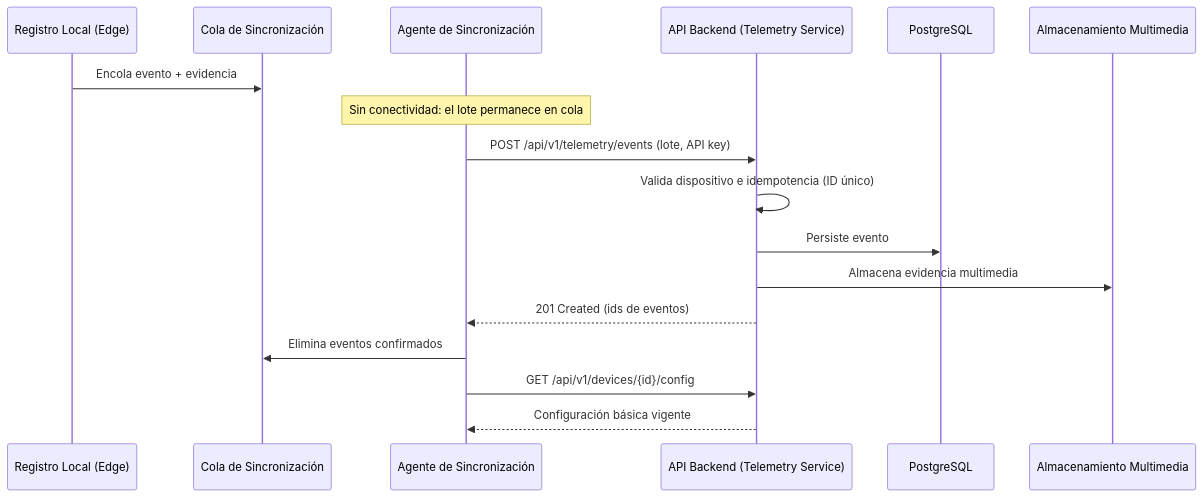
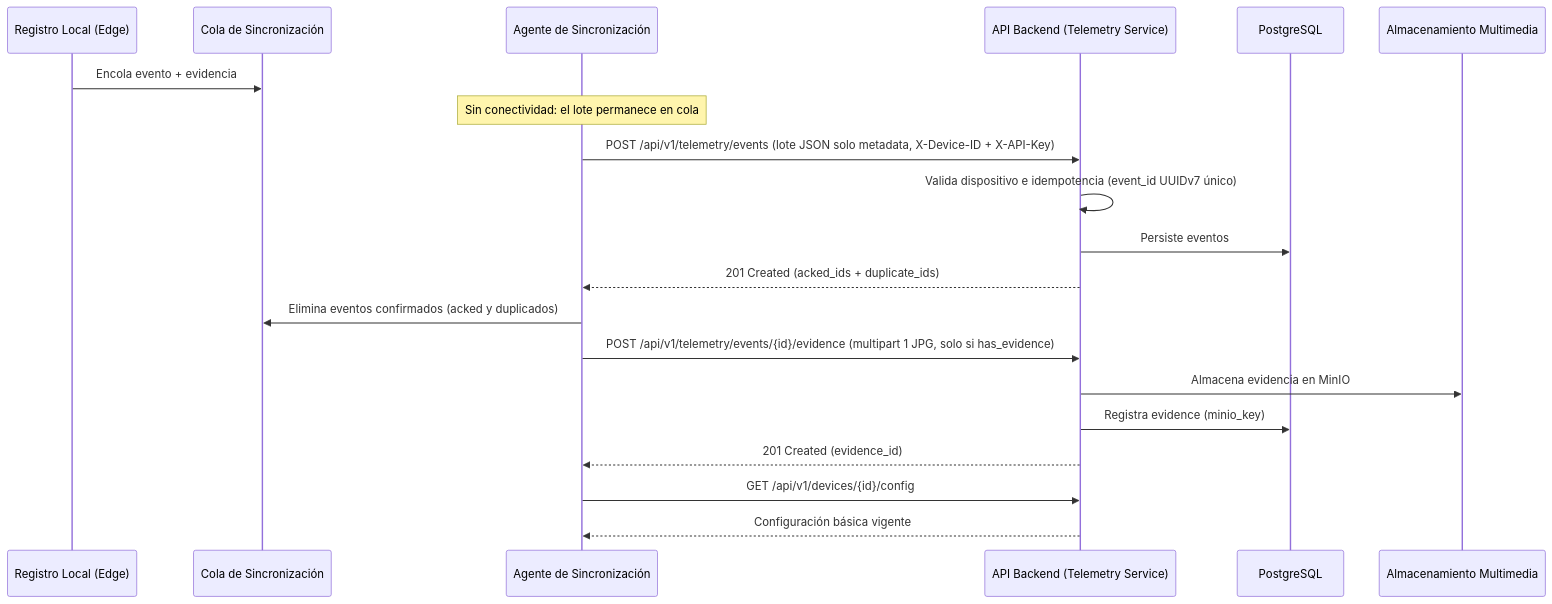
The diagram in docs/08-uml/diagrams/source/sd-offline-sync.mmd (SomnGuard/somnguard-docs), drawn with Mermaid before and after one commit. The commit also changed 45 other files, not shown here.

```diff
--- a/docs/08-uml/diagrams/source/sd-offline-sync.mmd
+++ b/docs/08-uml/diagrams/source/sd-offline-sync.mmd
@@ -1,18 +1,21 @@
 sequenceDiagram
     participant REG as Registro Local (Edge)
     participant COL as Cola de Sincronización
     participant AGT as Agente de Sincronización
     participant API as API Backend (Telemetry Service)
     participant DB as PostgreSQL
     participant STO as Almacenamiento Multimedia
 
     REG->>COL: Encola evento + evidencia
     Note over AGT: Sin conectividad: el lote permanece en cola
-    AGT->>API: POST /api/v1/telemetry/events (lote, API key)
-    API->>API: Valida dispositivo e idempotencia (ID único)
-    API->>DB: Persiste evento
-    API->>STO: Almacena evidencia multimedia
-    API-->>AGT: 201 Created (ids de eventos)
-    AGT->>COL: Elimina eventos confirmados
+    AGT->>API: POST /api/v1/telemetry/events (lote JSON solo metadata, X-Device-ID + X-API-Key)
+    API->>API: Valida dispositivo e idempotencia (event_id UUIDv7 único)
+    API->>DB: Persiste eventos
+    API-->>AGT: 201 Created (acked_ids + duplicate_ids)
+    AGT->>COL: Elimina eventos confirmados (acked y duplicados)
+    AGT->>API: POST /api/v1/telemetry/events/{id}/evidence (multipart 1 JPG, solo si has_evidence)
+    API->>STO: Almacena evidencia en MinIO
+    API->>DB: Registra evidence (minio_key)
+    API-->>AGT: 201 Created (evidence_id)
     AGT->>API: GET /api/v1/devices/{id}/config
     API-->>AGT: Configuración básica vigente
```
